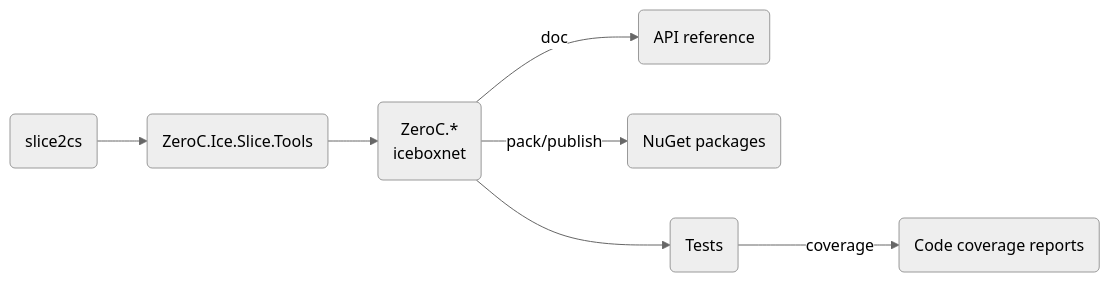
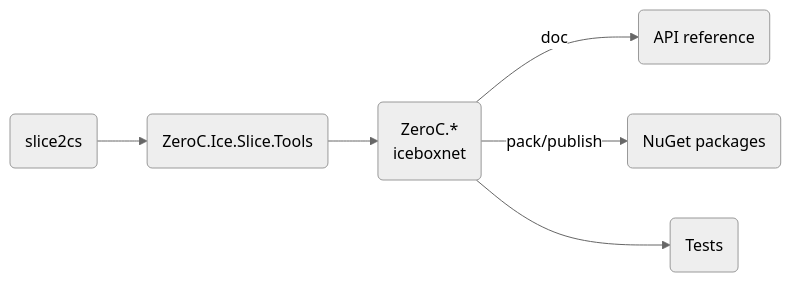
One commit to pepone/ice changed the diagram in csharp/BUILDING.md. Above: the diagram before and after it, drawn with Mermaid (neutral theme). The commit also changed other lines of this file, not shown here.

````diff
--- a/csharp/BUILDING.md
+++ b/csharp/BUILDING.md
@@ -36,7 +36,7 @@
 ```mermaid
 flowchart LR
     compiler(slice2cs) --> slice-tools(ZeroC.Ice.Slice.Tools) --> ice(ZeroC.*<br>iceboxnet)
     ice -- doc --> api(API reference)
     ice -- pack/publish --> nuget(NuGet packages)
-    ice --> tests(Tests) -- coverage --> cov(Code coverage reports)
+    ice --> tests(Tests)
 ```
````
